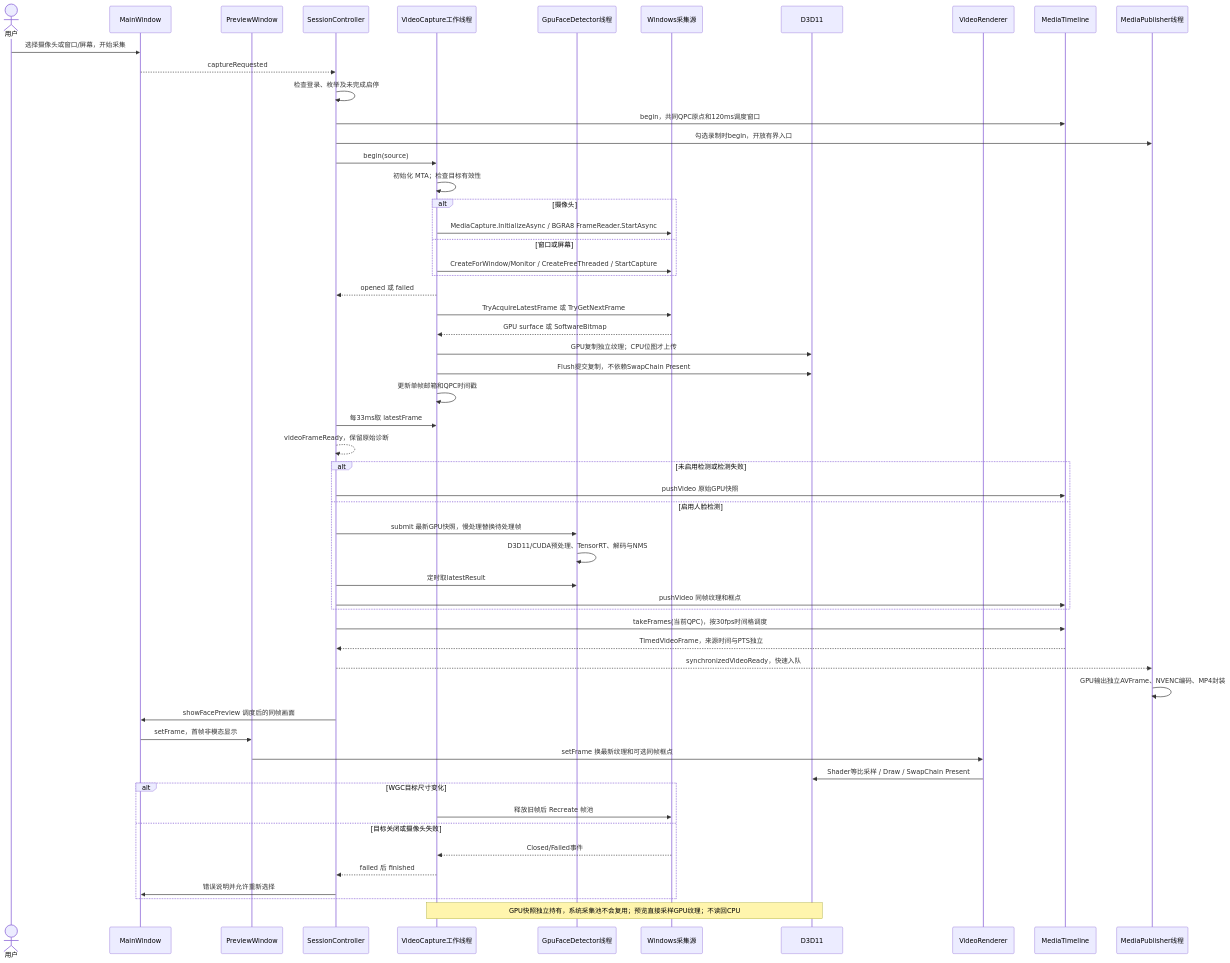
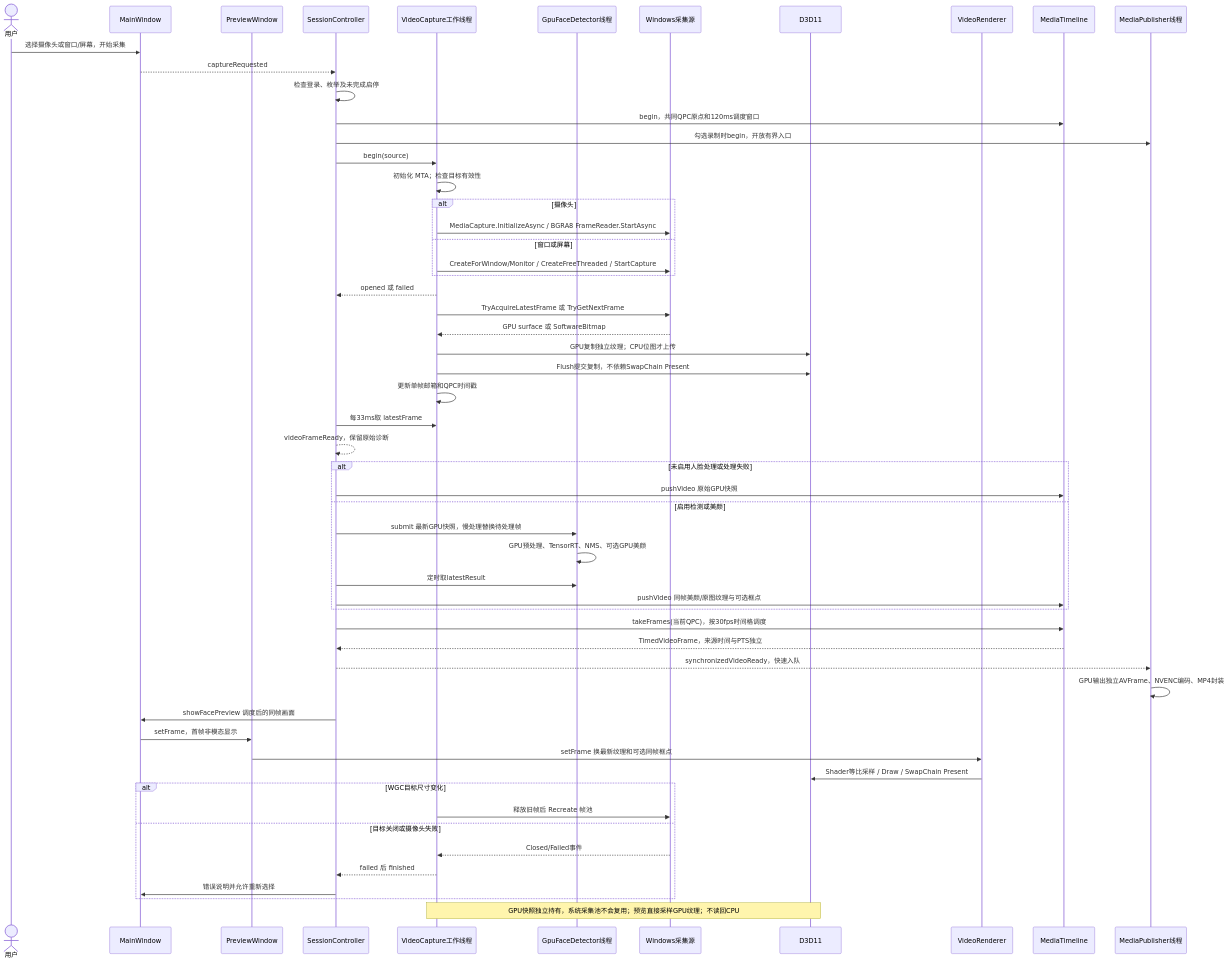
One commit to kingsman-svg/OBS changed the diagram in docs/uml/capture-video.mmd. Above: the diagram before and after it, drawn with Mermaid. The commit also changed 34 other files, not shown here.

```diff
--- a/docs/uml/capture-video.mmd
+++ b/docs/uml/capture-video.mmd
@@ -1,56 +1,56 @@
 sequenceDiagram
 actor U as 用户
 participant V as MainWindow
 participant P as PreviewWindow
 participant C as SessionController
 participant W as VideoCapture工作线程
 participant F as GpuFaceDetector线程
 participant S as Windows采集源
 participant G as D3D11
 participant R as VideoRenderer
 participant T as MediaTimeline
 participant E as MediaPublisher线程
 U->>V: 选择摄像头或窗口/屏幕，开始采集
 V-->>C: captureRequested
 C->>C: 检查登录、枚举及未完成启停
 C->>T: begin，共同QPC原点和120ms调度窗口
 C->>E: 勾选录制时begin，开放有界入口
 C->>W: begin(source)
 W->>W: 初始化 MTA；检查目标有效性
 alt 摄像头
 W->>S: MediaCapture.InitializeAsync / BGRA8 FrameReader.StartAsync
 else 窗口或屏幕
 W->>S: CreateForWindow/Monitor / CreateFreeThreaded / StartCapture
 end
 W-->>C: opened 或 failed
 W->>S: TryAcquireLatestFrame 或 TryGetNextFrame
 S-->>W: GPU surface 或 SoftwareBitmap
 W->>G: GPU复制独立纹理；CPU位图才上传
 W->>G: Flush提交复制，不依赖SwapChain Present
 W->>W: 更新单帧邮箱和QPC时间戳
 C->>W: 每33ms取 latestFrame
 C-->>C: videoFrameReady，保留原始诊断
-alt 未启用检测或检测失败
+alt 未启用人脸处理或处理失败
 C->>T: pushVideo 原始GPU快照
-else 启用人脸检测
+else 启用检测或美颜
 C->>F: submit 最新GPU快照，慢处理替换待处理帧
-F->>F: D3D11/CUDA预处理、TensorRT、解码与NMS
+F->>F: GPU预处理、TensorRT、NMS、可选GPU美颜
 C->>F: 定时取latestResult
-C->>T: pushVideo 同帧纹理和框点
+C->>T: pushVideo 同帧美颜/原图纹理与可选框点
 end
 C->>T: takeFrames(当前QPC)，按30fps时间格调度
 T-->>C: TimedVideoFrame，来源时间与PTS独立
 C-->>E: synchronizedVideoReady，快速入队
 E->>E: GPU输出独立AVFrame、NVENC编码、MP4封装
 C->>V: showFacePreview 调度后的同帧画面
 V->>P: setFrame，首帧非模态显示
 P->>R: setFrame 换最新纹理和可选同帧框点
 R->>G: Shader等比采样 / Draw / SwapChain Present
 alt WGC目标尺寸变化
 W->>S: 释放旧帧后 Recreate 帧池
 else 目标关闭或摄像头失败
 S-->>W: Closed/Failed事件
 W-->>C: failed 后 finished
 C->>V: 错误说明并允许重新选择
 end
 Note over W,G: GPU快照独立持有，系统采集池不会复用；预览直接采样GPU纹理；不读回CPU
```
